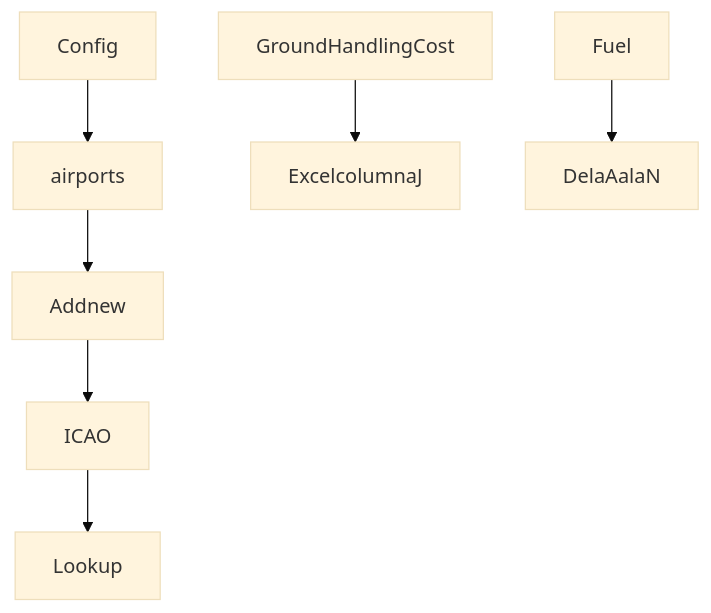
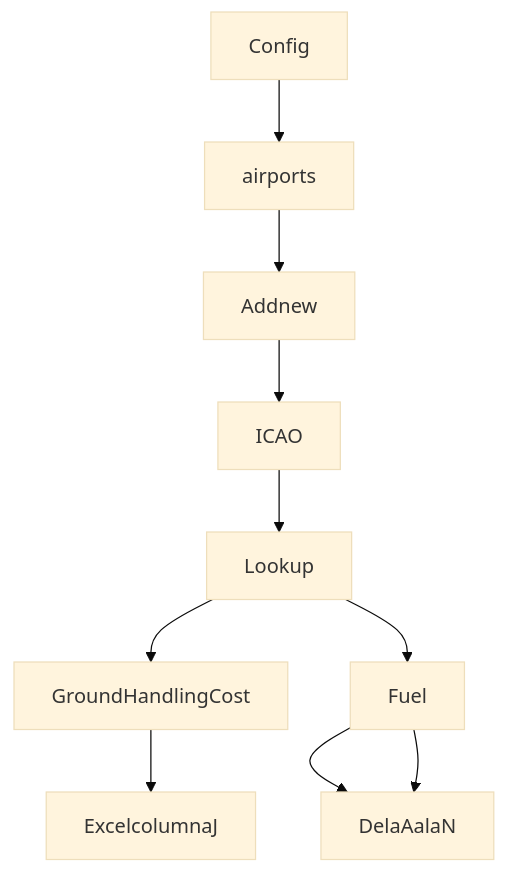
Before and after one commit to avs-code/Spark_surveillance_robot: the diagram in flowdiagram.md, drawn with Mermaid (base theme).

````diff
--- a/flowdiagram.md
+++ b/flowdiagram.md
@@ -1,9 +1,11 @@
 ```mermaid
 graph TD;
 Config-->airports;
 airports-->Addnew;
 Addnew-->ICAO;
 ICAO-->Lookup;
+Lookup-->GroundHandlingCost;
 GroundHandlingCost-->ExcelcolumnaJ;
+Lookup-->Fuel-->DelaAalaN
 Fuel-->DelaAalaN;
 ```
````
